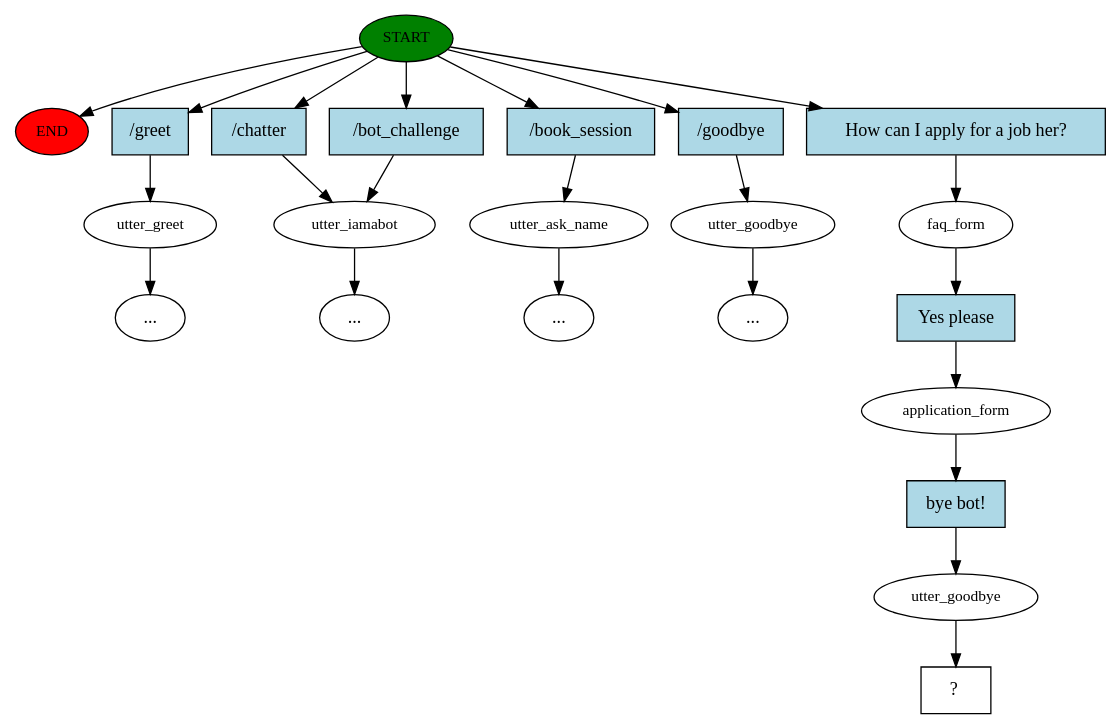
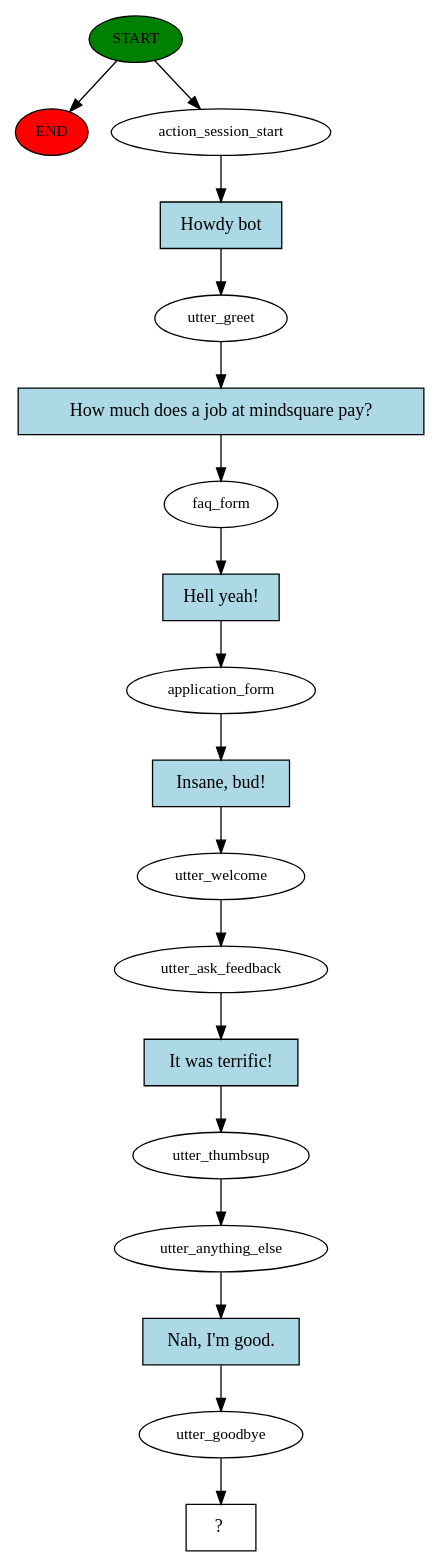
The diagram in story_graph.dot (Taufred/ChatbotRasa), drawn with Graphviz before and after one commit. The commit also changed 6 other files, not shown here.

```diff
--- a/story_graph.dot
+++ b/story_graph.dot
@@ -1,46 +1,37 @@
 digraph  {
 0 [class="start active", fillcolor=green, fontsize=12, label=START, style=filled];
 "-1" [class=end, fillcolor=red, fontsize=12, label=END, style=filled];
-1 [class="", fontsize=12, label=utter_greet];
-3 [class="", fontsize=12, label=utter_iamabot];
-4 [class="", fontsize=12, label=utter_ask_name];
-"-6" [class=ellipsis, label="..."];
-5 [class="", fontsize=12, label=utter_goodbye];
-"-7" [class=ellipsis, label="..."];
-"-8" [class=ellipsis, label="..."];
-"-18" [class=ellipsis, label="..."];
-17 [class=active, fontsize=12, label=faq_form];
-18 [class=active, fontsize=12, label=application_form];
-19 [class=active, fontsize=12, label=utter_goodbye];
-20 [class="intent dashed active", label="  ?  ", shape=rect];
-21 [class=intent, fillcolor=lightblue, label="/greet", shape=rect, style=filled];
-22 [class=intent, fillcolor=lightblue, label="/chatter", shape=rect, style=filled];
-23 [class=intent, fillcolor=lightblue, label="/bot_challenge", shape=rect, style=filled];
-24 [class=intent, fillcolor=lightblue, label="/book_session", shape=rect, style=filled];
-25 [class=intent, fillcolor=lightblue, label="/goodbye", shape=rect, style=filled];
-26 [class="intent active", fillcolor=lightblue, label="How can I apply for a job her?", shape=rect, style=filled];
-27 [class="intent active", fillcolor=lightblue, label="Yes please", shape=rect, style=filled];
-28 [class="intent active", fillcolor=lightblue, label="bye bot!", shape=rect, style=filled];
+1 [class=active, fontsize=12, label=action_session_start];
+2 [class=active, fontsize=12, label=utter_greet];
+3 [class=active, fontsize=12, label=faq_form];
+4 [class=active, fontsize=12, label=application_form];
+5 [class=active, fontsize=12, label=utter_welcome];
+6 [class=active, fontsize=12, label=utter_ask_feedback];
+7 [class=active, fontsize=12, label=utter_thumbsup];
+8 [class=active, fontsize=12, label=utter_anything_else];
+9 [class=active, fontsize=12, label=utter_goodbye];
+10 [class="intent dashed active", label="  ?  ", shape=rect];
+11 [class="intent active", fillcolor=lightblue, label="Howdy bot", shape=rect, style=filled];
+12 [class="intent active", fillcolor=lightblue, label="How much does a job at mindsquare pay?", shape=rect, style=filled];
+13 [class="intent active", fillcolor=lightblue, label="Hell yeah!", shape=rect, style=filled];
+14 [class="intent active", fillcolor=lightblue, label="Insane, bud!", shape=rect, style=filled];
+15 [class="intent active", fillcolor=lightblue, label="It was terrific!", shape=rect, style=filled];
+16 [class="intent active", fillcolor=lightblue, label="Nah, I'm good.", shape=rect, style=filled];
 0 -> "-1"  [class="", key=NONE, label=""];
-0 -> 21  [class="", key=0];
-0 -> 22  [class="", key=0];
-0 -> 23  [class="", key=0];
-0 -> 24  [class="", key=0];
-0 -> 25  [class="", key=0];
-0 -> 26  [class=active, key=0];
-1 -> "-18"  [class="", key=NONE, label=""];
-3 -> "-8"  [class="", key=NONE, label=""];
-4 -> "-6"  [class="", key=NONE, label=""];
-5 -> "-7"  [class="", key=NONE, label=""];
-17 -> 27  [class=active, key=0];
-18 -> 28  [class=active, key=0];
-19 -> 20  [class=active, key=NONE, label=""];
-21 -> 1  [class="", key=0];
-22 -> 3  [class="", key=0];
-23 -> 3  [class="", key=0];
-24 -> 4  [class="", key=0];
-25 -> 5  [class="", key=0];
-26 -> 17  [class=active, key=0];
-27 -> 18  [class=active, key=0];
-28 -> 19  [class=active, key=0];
+0 -> 1  [class=active, key=NONE, label=""];
+1 -> 11  [class=active, key=0];
+2 -> 12  [class=active, key=0];
+3 -> 13  [class=active, key=0];
+4 -> 14  [class=active, key=0];
+5 -> 6  [class=active, key=NONE, label=""];
+6 -> 15  [class=active, key=0];
+7 -> 8  [class=active, key=NONE, label=""];
+8 -> 16  [class=active, key=0];
+9 -> 10  [class=active, key=NONE, label=""];
+11 -> 2  [class=active, key=0];
+12 -> 3  [class=active, key=0];
+13 -> 4  [class=active, key=0];
+14 -> 5  [class=active, key=0];
+15 -> 7  [class=active, key=0];
+16 -> 9  [class=active, key=0];
 }
```
